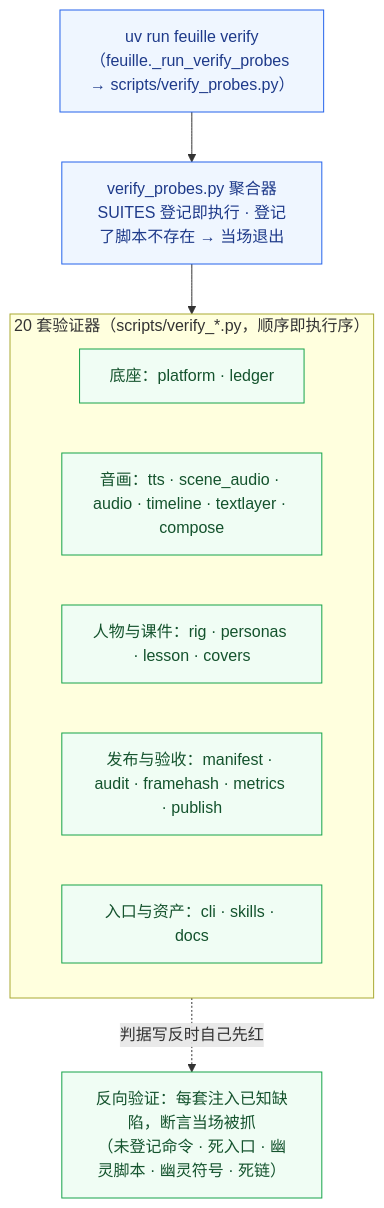
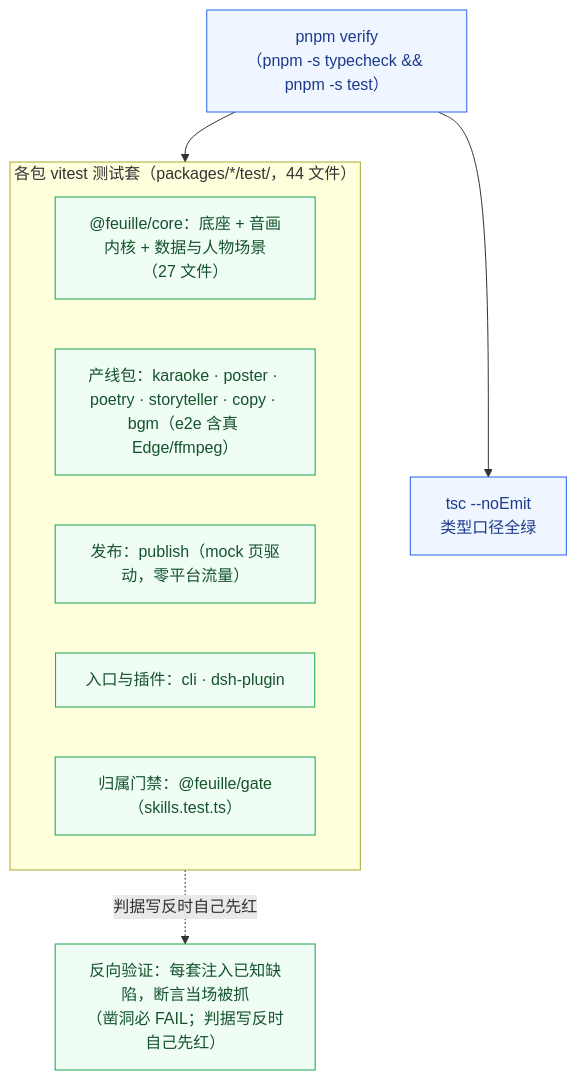
One commit to feuyeux/explorateur changed the fourth of 6 diagrams in usine/docs/architecture.md. Above: the diagram before and after it, drawn with Mermaid. The commit also changed other lines of this file and 94 other files, not shown here.

````diff
--- a/usine/docs/architecture.md
+++ b/usine/docs/architecture.md
@@ -249,23 +255,23 @@
 ```mermaid
 flowchart TB
-    CLI["uv run feuille verify<br/>（feuille._run_verify_probes → scripts/verify_probes.py）"]
-    AGG["verify_probes.py 聚合器<br/>SUITES 登记即执行 · 登记了脚本不存在 → 当场退出"]
-    subgraph SU["20 套验证器（scripts/verify_*.py，顺序即执行序）"]
-        S1["底座：platform · ledger"]
-        S2["音画：tts · scene_audio · audio · timeline · textlayer · compose"]
-        S3["人物与课件：rig · personas · lesson · covers"]
-        S4["发布与验收：manifest · audit · framehash · metrics · publish"]
-        S5["入口与资产：cli · skills · docs"]
+    CLI["pnpm verify<br/>（pnpm -s typecheck && pnpm -s test）"]
+    TC["tsc --noEmit<br/>类型口径全绿"]
+    subgraph SU["各包 vitest 测试套（packages/*/test/，44 文件）"]
+        S1["@feuille/core：底座 + 音画内核 + 数据与人物场景（27 文件）"]
+        S2["产线包：karaoke · poster · poetry · storyteller · copy · bgm（e2e 含真 Edge/ffmpeg）"]
+        S3["发布：publish（mock 页驱动，零平台流量）"]
+        S4["入口与插件：cli · dsh-plugin"]
+        S5["归属门禁：@feuille/gate（skills.test.ts）"]
     end
-    RV["反向验证：每套注入已知缺陷，断言当场被抓<br/>（未登记命令 · 死入口 · 幽灵脚本 · 幽灵符号 · 死链）"]
+    RV["反向验证：每套注入已知缺陷，断言当场被抓<br/>（凿洞必 FAIL；判据写反时自己先红）"]
 
-    CLI --> AGG
-    AGG --> SU
+    CLI --> TC
+    CLI --> SU
     SU -.->|"判据写反时自己先红"| RV
 
     classDef ctrl fill:#eff6ff,stroke:#2563eb,color:#1e3a8a
     classDef host fill:#f0fdf4,stroke:#16a34a,color:#14532d
     classDef neutral fill:#f8fafc,stroke:#334155,color:#0f172a
-    class CLI,AGG ctrl
+    class CLI,TC ctrl
     class S1,S2,S3,S4,S5,RV host
 ```
````
